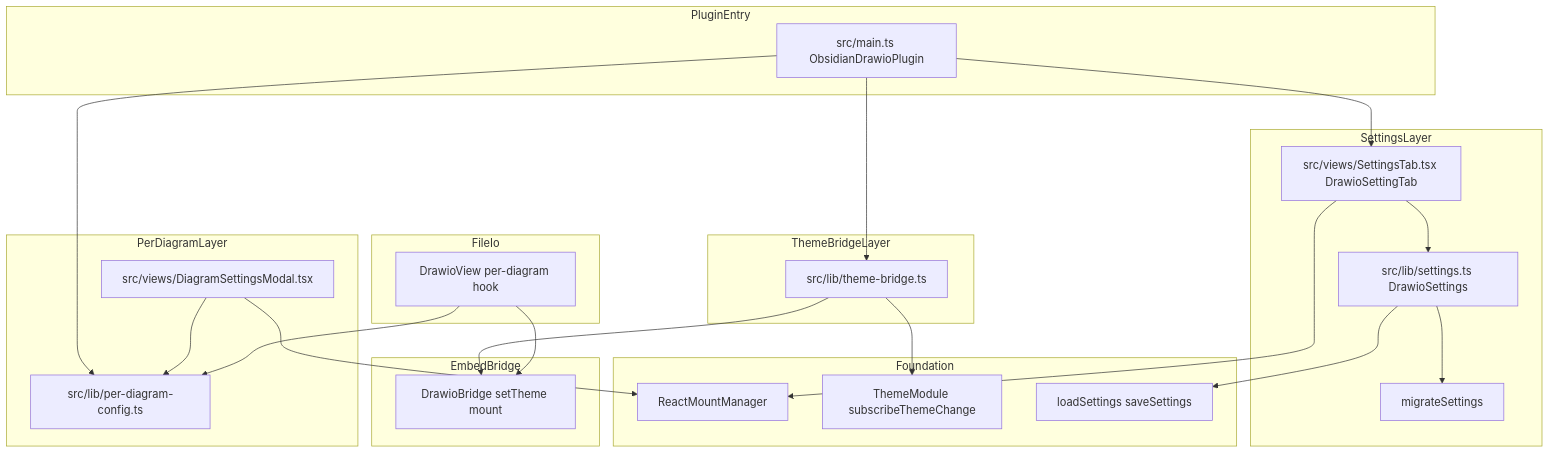
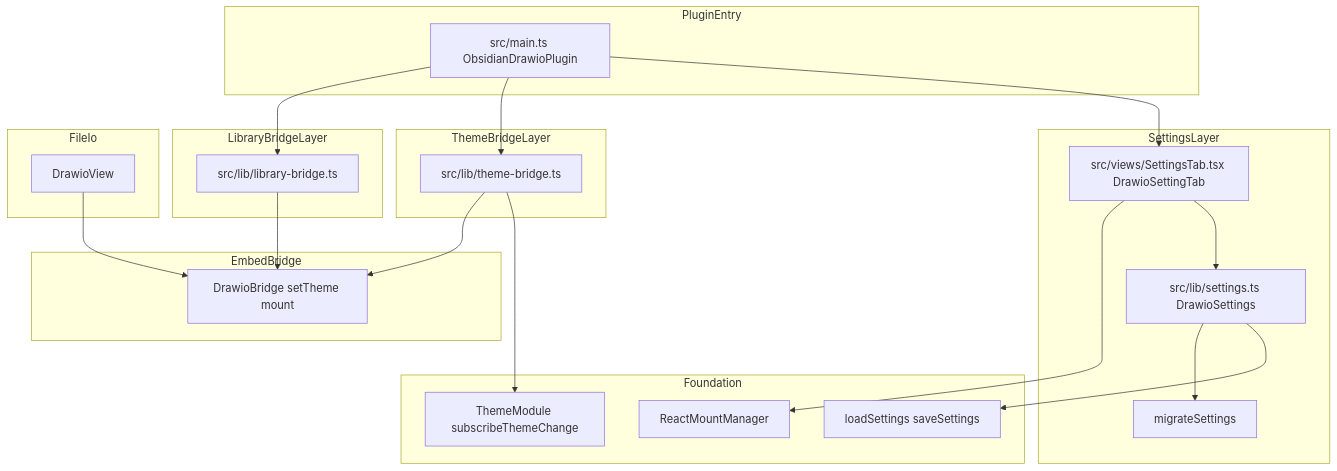
The first of 4 diagrams in .kiro/specs/drawio-settings-and-config/design.md (litols/obsidian-drawio), drawn with Mermaid before and after one commit. The commit also changed other lines of this file and 14 other files, not shown here.

````diff
--- a/.kiro/specs/drawio-settings-and-config/design.md
+++ b/.kiro/specs/drawio-settings-and-config/design.md
@@ -78,49 +79,46 @@
 ```mermaid
 graph TB
     subgraph PluginEntry
         MainTs[src/main.ts ObsidianDrawioPlugin]
     end
 
     subgraph SettingsLayer
         SettingsTs[src/lib/settings.ts DrawioSettings]
         SettingTab[src/views/SettingsTab.tsx DrawioSettingTab]
         MigrateTs[migrateSettings]
     end
 
-    subgraph PerDiagramLayer
-        PerDiagramTs[src/lib/per-diagram-config.ts]
-        DiagramModal[src/views/DiagramSettingsModal.tsx]
+    subgraph ThemeBridgeLayer
+        ThemeBridge[src/lib/theme-bridge.ts]
     end
 
-    subgraph ThemeBridgeLayer
-        ThemeBridge[src/lib/theme-bridge.ts]
+    subgraph LibraryBridgeLayer
+        LibraryBridge[src/lib/library-bridge.ts]
     end
 
     subgraph Foundation
         ReactMount[ReactMountManager]
         ThemeModule[ThemeModule subscribeThemeChange]
         SettingsBase[loadSettings saveSettings]
     end
 
     subgraph EmbedBridge
         DrawioBridge[DrawioBridge setTheme mount]
     end
 
     subgraph FileIo
-        DrawioView[DrawioView per-diagram hook]
+        DrawioView[DrawioView]
     end
 
     MainTs --> SettingTab
     MainTs --> ThemeBridge
-    MainTs --> PerDiagramTs
+    MainTs --> LibraryBridge
     SettingTab --> SettingsTs
     SettingTab --> ReactMount
-    DiagramModal --> PerDiagramTs
-    DiagramModal --> ReactMount
     ThemeBridge --> ThemeModule
     ThemeBridge --> DrawioBridge
+    LibraryBridge --> DrawioBridge
     SettingsTs --> SettingsBase
     SettingsTs --> MigrateTs
-    DrawioView --> PerDiagramTs
     DrawioView --> DrawioBridge
 ```
````
